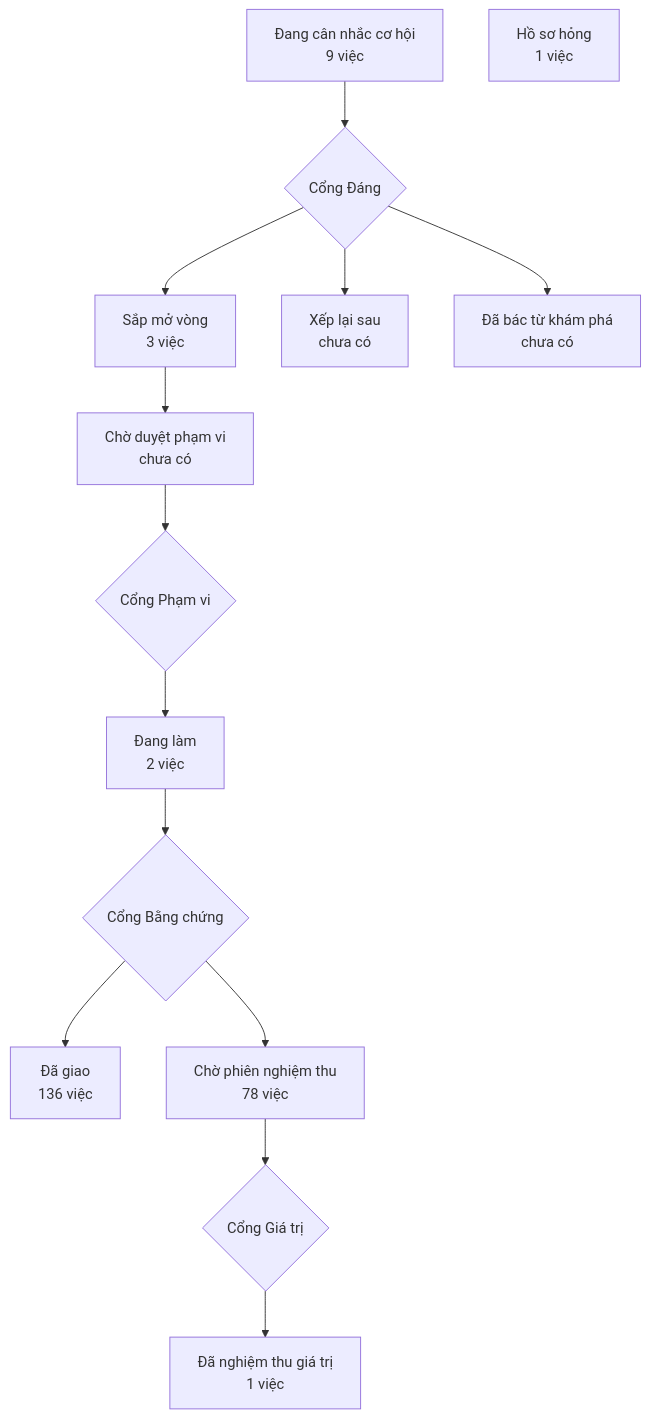
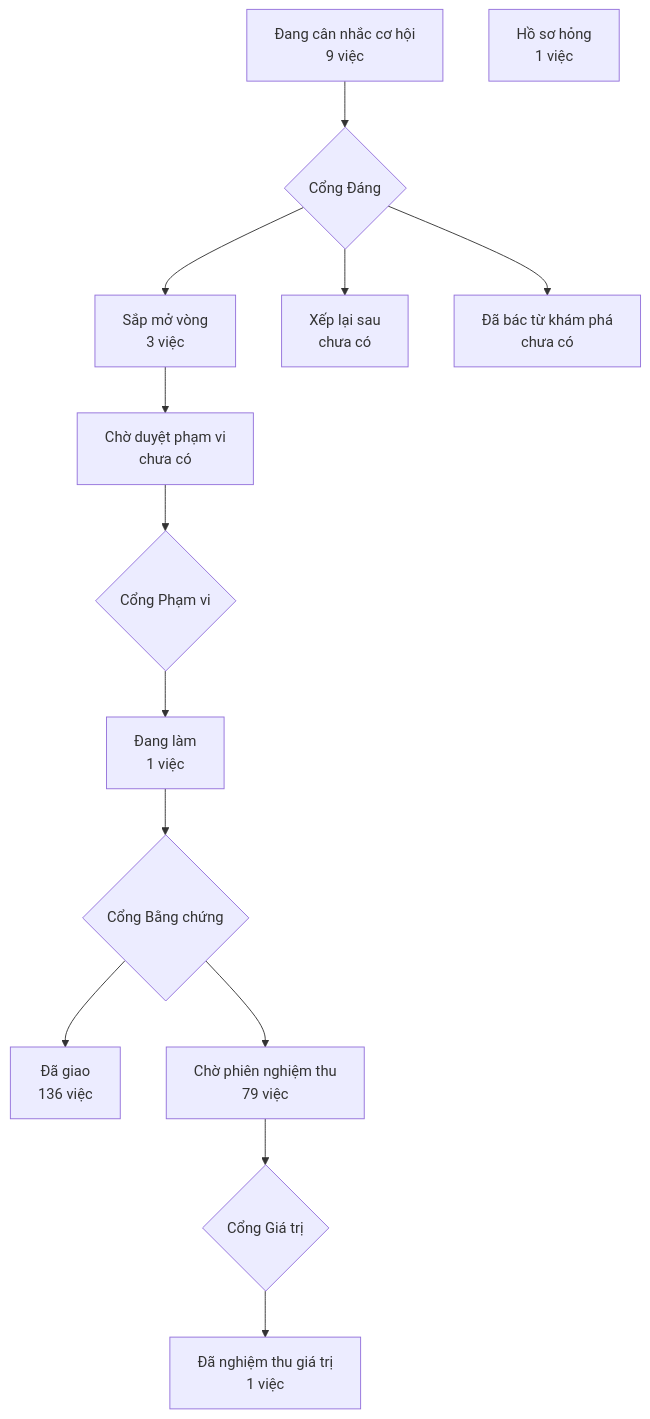
The diagram in PRODUCT-MAP.md (phanlemanh/crm-onehub), drawn with Mermaid before and after one commit. The commit also changed 3 other files, not shown here.

````diff
--- a/PRODUCT-MAP.md
+++ b/PRODUCT-MAP.md
@@ -7,13 +7,13 @@
 ```mermaid
 flowchart TD
   A["Đang cân nhắc cơ hội<br/>9 việc"] --> GD{"Cổng Đáng"}
   GD --> B["Sắp mở vòng<br/>3 việc"]
   GD --> XL["Xếp lại sau<br/>chưa có"]
   GD --> DB["Đã bác từ khám phá<br/>chưa có"]
   B --> CD["Chờ duyệt phạm vi<br/>chưa có"] --> GP{"Cổng Phạm vi"}
-  GP --> DL["Đang làm<br/>2 việc"] --> GB{"Cổng Bằng chứng"}
+  GP --> DL["Đang làm<br/>1 việc"] --> GB{"Cổng Bằng chứng"}
   GB --> DG["Đã giao<br/>136 việc"]
-  GB --> CN["Chờ phiên nghiệm thu<br/>78 việc"] --> GG{"Cổng Giá trị"}
+  GB --> CN["Chờ phiên nghiệm thu<br/>79 việc"] --> GG{"Cổng Giá trị"}
   GG --> NT["Đã nghiệm thu giá trị<br/>1 việc"]
   HS["Hồ sơ hỏng<br/>1 việc"]
 ```
````
